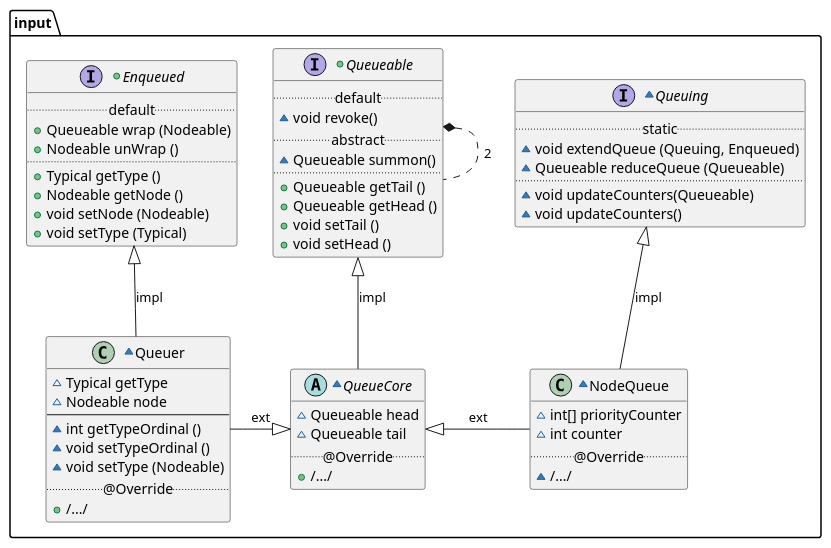
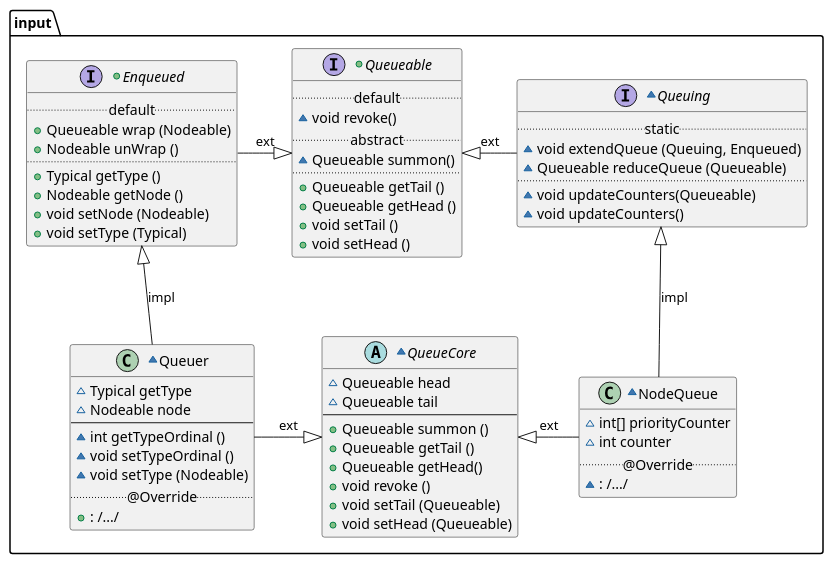
One commit to vitalispopoff/calculator changed the diagram in src/main/resources/UML/input/input.puml. Above: the diagram before and after it, drawn with PlantUML. The commit also changed 6 other files, not shown here.

```diff
--- a/src/main/resources/UML/input/input.puml
+++ b/src/main/resources/UML/input/input.puml
@@ -1,71 +1,75 @@
 @startuml
 package input {
 
     +interface Queueable{
         ..default..
             ~{method} void revoke()
         ..abstract..
             ~{method} Queueable summon()
         ..
             +{method} Queueable getTail ()
             +{method} Queueable getHead ()
             +{method} void setTail ()
             +{method} void setHead ()
         }
 
     ~abstract class QueueCore{
             ~{field} Queueable head
             ~{field} Queueable tail
-        ..@Override..
-            +{method} /.../
+        --
+            +{method} Queueable summon ()
+            +{method} Queueable getTail ()
+            +{method} Queueable getHead()
+            +{method} void revoke ()
+            +{method} void setTail (Queueable)
+            +{method} void setHead (Queueable)
     }
 
     ~interface Queuing{
         ..static..
             ~{method} void extendQueue (Queuing, Enqueued)
             ~{method} Queueable reduceQueue (Queueable)
         ..
             ~{method} void updateCounters(Queueable)
             ~{method} void updateCounters()
     }
 
     ~class NodeQueue{
             ~{field} int[] priorityCounter
             ~{field} int counter
         ..@Override..
-            ~{method}/.../
+            ~{method} : /.../
     }
 
     +interface Enqueued {
         ..default..
             +{method} Queueable wrap (Nodeable)
             +{method} Nodeable unWrap ()
         ..
             +{method} Typical getType ()
             +{method} Nodeable getNode ()
             +{method} void setNode (Nodeable)
             +{method} void setType (Typical)
     }
 
     ~class Queuer{
             ~{field} Typical getType
             ~{field} Nodeable node
         --
             ~{method} int getTypeOrdinal ()
             ~{method} void setTypeOrdinal ()
             ~{method} void setType (Nodeable)
         ..@Override..
-            +{method} /.../
+            +{method} : /.../
     }
 
-    Enqueued    <|--    Queuer      :   impl
-    Queueable   <|--    QueueCore   :   impl
-    Queuing     <|--    NodeQueue   :   impl
+    Enqueued    -|>     Queueable   :   ext
+    Queueable   <|-     Queuing     :   ext
 
     QueueCore   <|-     NodeQueue   :   ext
     Queuer      -|>     QueueCore   :   ext
 
-    Queueable   *..    Queueable    :   2
-
+    Enqueued    <|--    Queuer      :   impl
+    Queuing     <|--    NodeQueue   :   impl
 }
 @enduml
```
